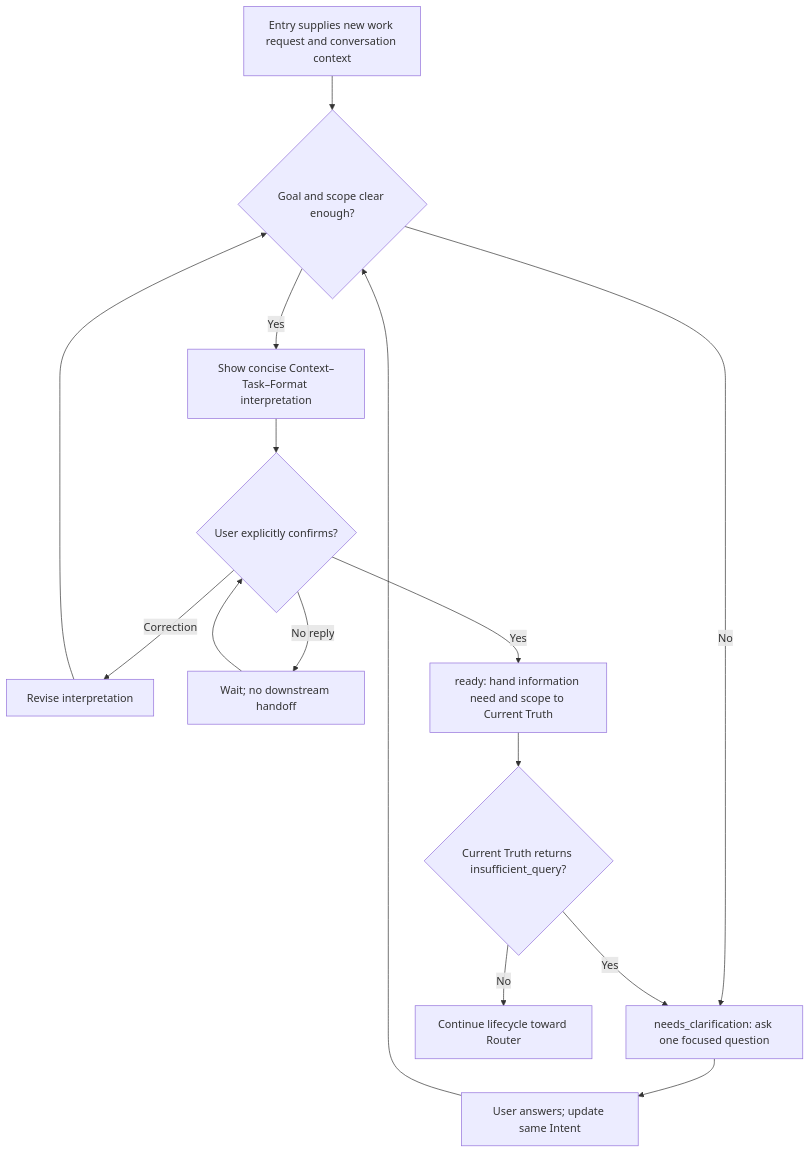
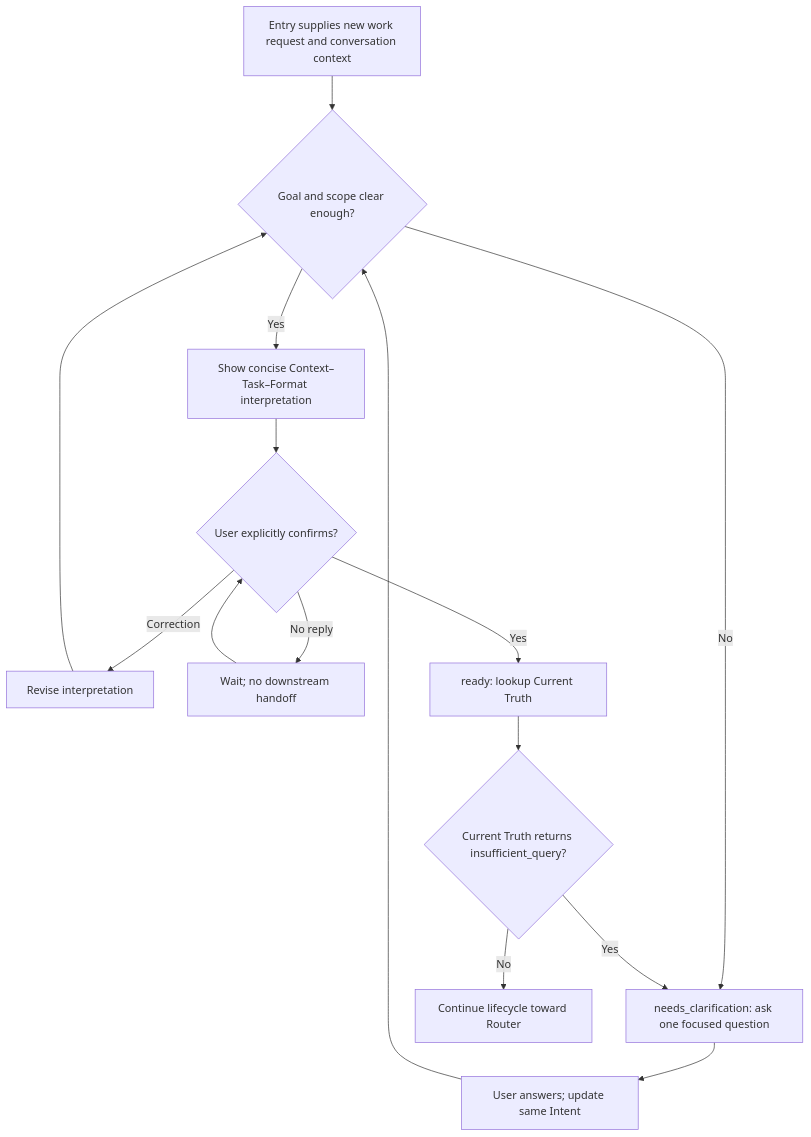
One commit to hunguyen1702/the-broke-task-management changed the diagram in .harness/workflow/rule-intent-r1.md. Above: the diagram before and after it, drawn with Mermaid. The commit also changed other lines of this file and 28 other files, not shown here.

````diff
--- a/.harness/workflow/rule-intent-r1.md
+++ b/.harness/workflow/rule-intent-r1.md
@@ -30,17 +30,17 @@
 ```mermaid
 flowchart TD
     A[Entry supplies new work request and conversation context] --> B{Goal and scope clear enough?}
     B -- No --> Q[needs_clarification: ask one focused question]
     Q --> U[User answers; update same Intent]
     U --> B
     B -- Yes --> P[Show concise Context–Task–Format interpretation]
     P --> C{User explicitly confirms?}
     C -- Correction --> E[Revise interpretation]
     E --> B
     C -- No reply --> W[Wait; no downstream handoff]
     W --> C
-    C -- Yes --> R[ready: hand information need and scope to Current Truth]
+    C -- Yes --> R[ready: lookup Current Truth]
     R --> T{Current Truth returns insufficient_query?}
     T -- Yes --> Q
     T -- No --> H[Continue lifecycle toward Router]
 ```
````
